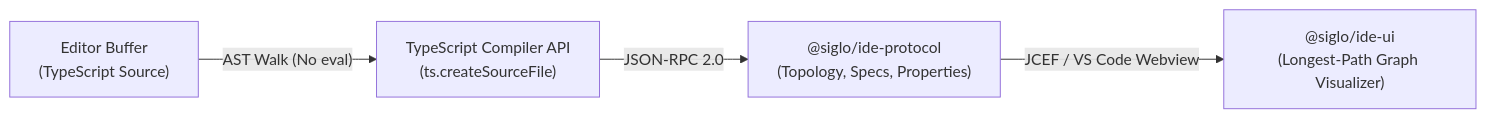
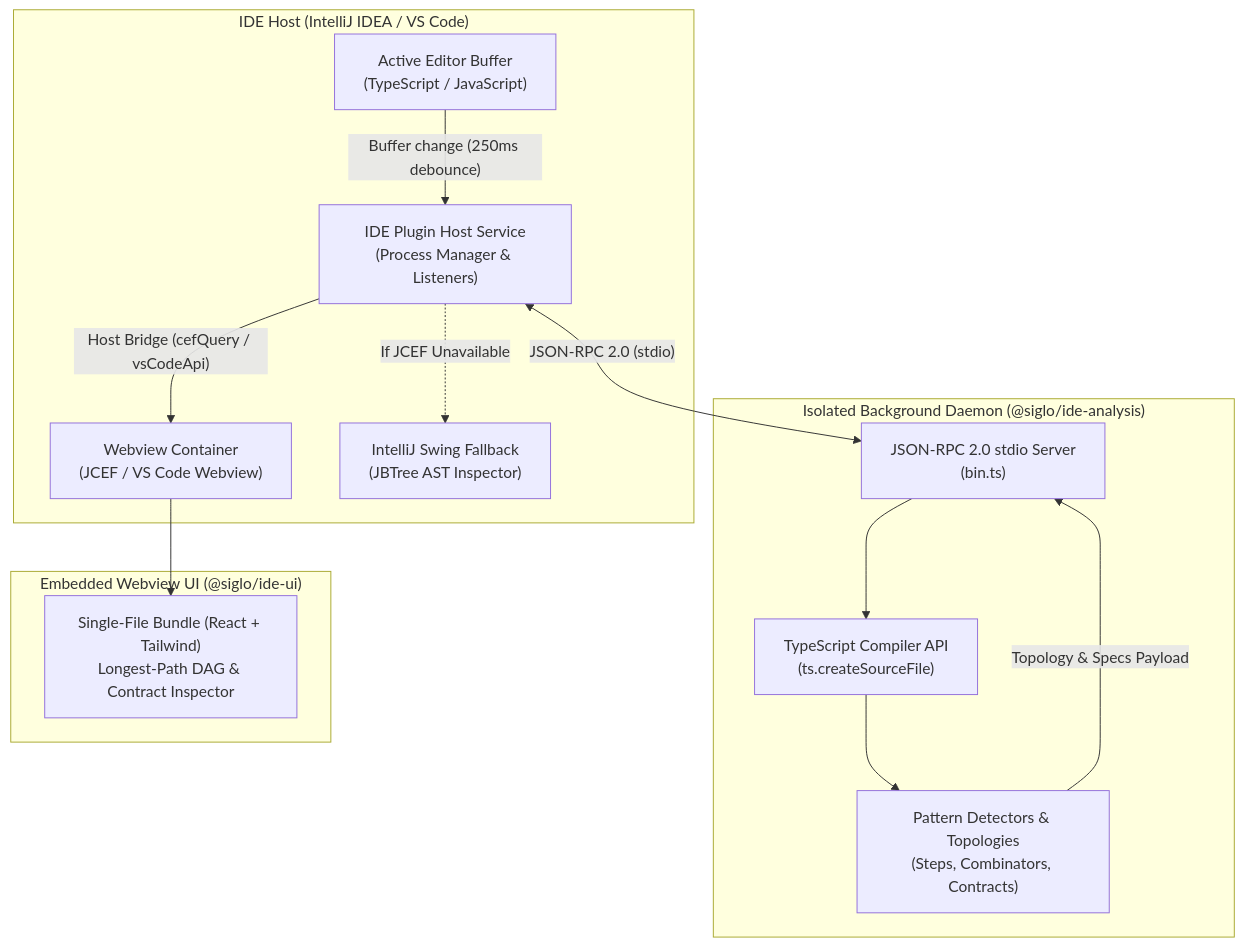
One commit to jsoftgem/siglo changed the diagram in docs/ide-workflow-explorer.md. Above: the diagram before and after it, drawn with Mermaid. The commit also changed other lines of this file and 78 other files, not shown here.

````diff
--- a/docs/ide-workflow-explorer.md
+++ b/docs/ide-workflow-explorer.md
@@ -15,6 +23,27 @@
 ```mermaid
-flowchart LR
-    Editor["Editor Buffer<br/>(TypeScript Source)"] -->|"AST Walk (No eval)"| AST["TypeScript Compiler API<br/>(ts.createSourceFile)"]
-    AST -->|"JSON-RPC 2.0"| Protocol["@siglo/ide-protocol<br/>(Topology, Specs, Properties)"]
-    Protocol -->|"JCEF / VS Code Webview"| Visualizer["@siglo/ide-ui<br/>(Longest-Path Graph Visualizer)"]
+flowchart TD
+    subgraph IDEHost["IDE Host (IntelliJ IDEA / VS Code)"]
+        Editor["Active Editor Buffer<br/>(TypeScript / JavaScript)"]
+        PluginService["IDE Plugin Host Service<br/>(Process Manager & Listeners)"]
+        WebviewView["Webview Container<br/>(JCEF / VS Code Webview)"]
+        SwingFallback["IntelliJ Swing Fallback<br/>(JBTree AST Inspector)"]
+    end
+
+    subgraph Daemon["Isolated Background Daemon (@siglo/ide-analysis)"]
+        RpcServer["JSON-RPC 2.0 stdio Server<br/>(bin.ts)"]
+        AstParser["TypeScript Compiler API<br/>(ts.createSourceFile)"]
+        TopologyEngine["Pattern Detectors & Topologies<br/>(Steps, Combinators, Contracts)"]
+    end
+
+    subgraph UIAsset["Embedded Webview UI (@siglo/ide-ui)"]
+        ReactApp["Single-File Bundle (React + Tailwind)<br/>Longest-Path DAG & Contract Inspector"]
+    end
+
+    Editor -->|"Buffer change (250ms debounce)"| PluginService
+    PluginService <-->|"JSON-RPC 2.0 (stdio)"| RpcServer
+    RpcServer --> AstParser --> TopologyEngine
+    TopologyEngine -->|"Topology & Specs Payload"| RpcServer
+    PluginService -->|"Host Bridge (cefQuery / vsCodeApi)"| WebviewView
+    WebviewView --> ReactApp
+    PluginService -.->|"If JCEF Unavailable"| SwingFallback
 ```
````
